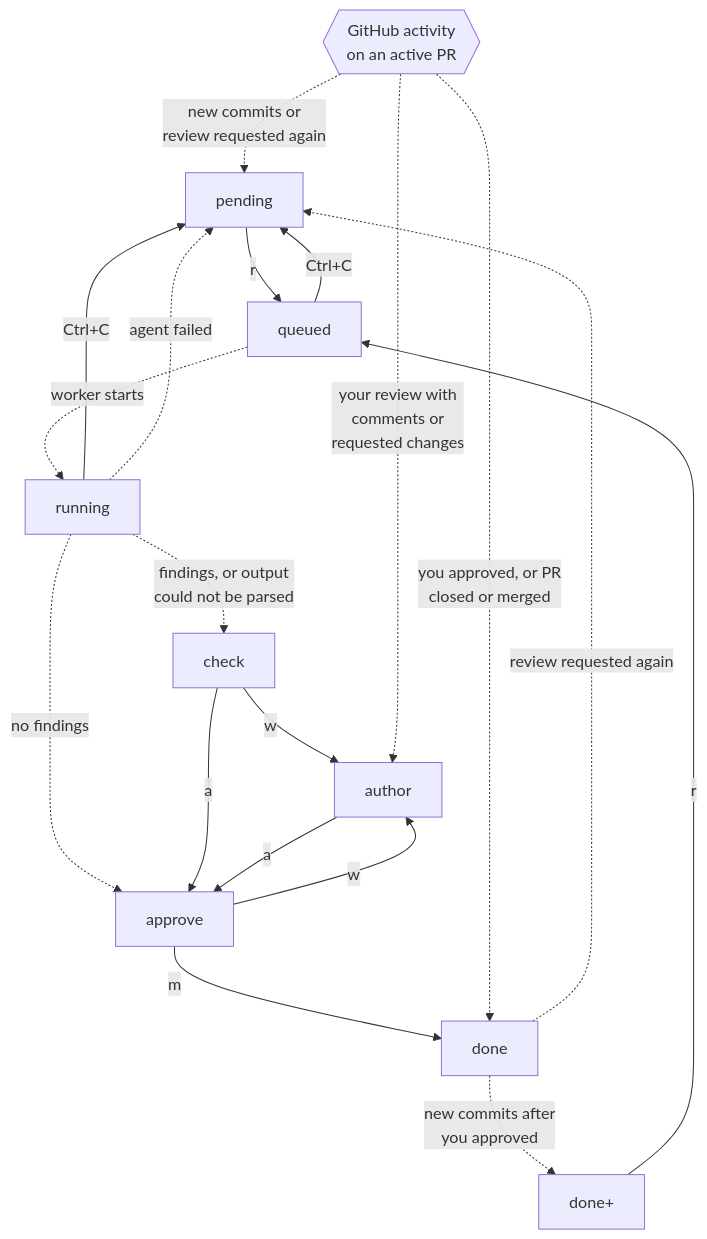
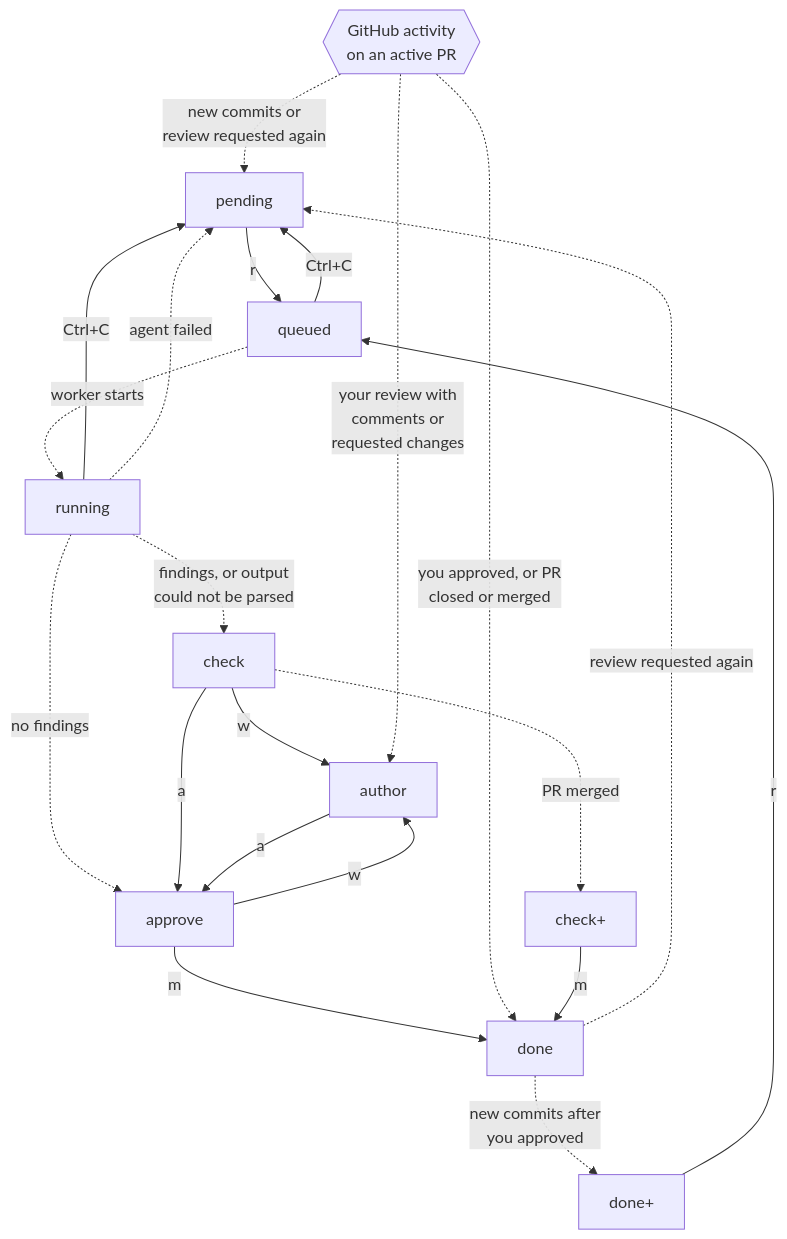
Before and after one commit to heikkitoivonen/diffbutler: the diagram in docs/diagrams/pr-status.mmd, drawn with Mermaid. The commit also changed 13 other files, not shown here.

First line of the commit message:
Keep merged PRs with findings on the board as check+

```diff
--- a/docs/diagrams/pr-status.mmd
+++ b/docs/diagrams/pr-status.mmd
@@ -1,20 +1,22 @@
 flowchart TD
     github{{"GitHub activity<br/>on an active PR"}}
     pending -->|"r"| queued
     queued -.->|"worker starts"| running
     running -.->|"findings, or output<br/>could not be parsed"| check
     running -.->|"no findings"| approve
     check -->|"w"| author
     check -->|"a"| approve
     author -->|"a"| approve
     approve -->|"w"| author
     approve -->|"m"| done
     queued -->|"Ctrl+C"| pending
     running -->|"Ctrl+C"| pending
     running -.->|"agent failed"| pending
     github -.->|"new commits or<br/>review requested again"| pending
     github -.->|"your review with<br/>comments or<br/>requested changes"| author
     github -.->|"you approved, or PR<br/>closed or merged"| done
     done -.->|"new commits after<br/>you approved"| doneplus["done+"]
     done -.->|"review requested again"| pending
     doneplus -->|"r"| queued
+    check -.->|"PR merged"| checkplus["check+"]
+    checkplus -->|"m"| done
```
